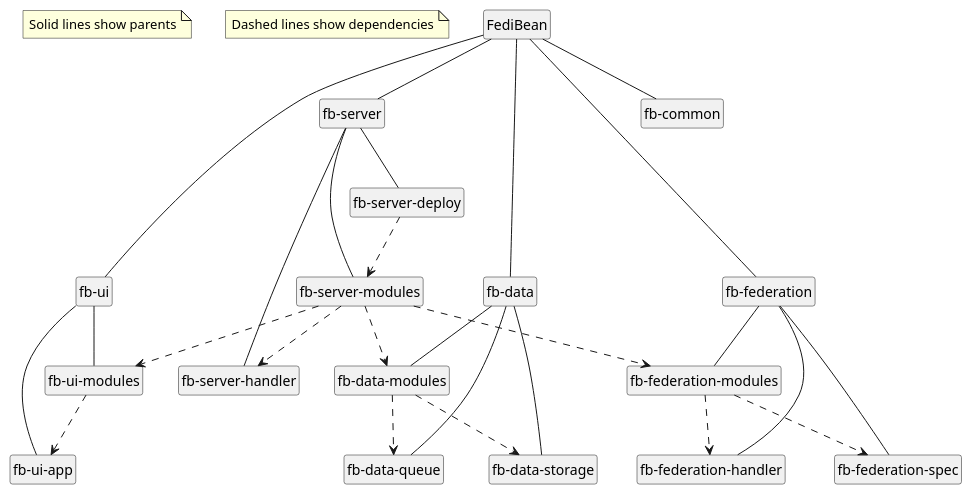
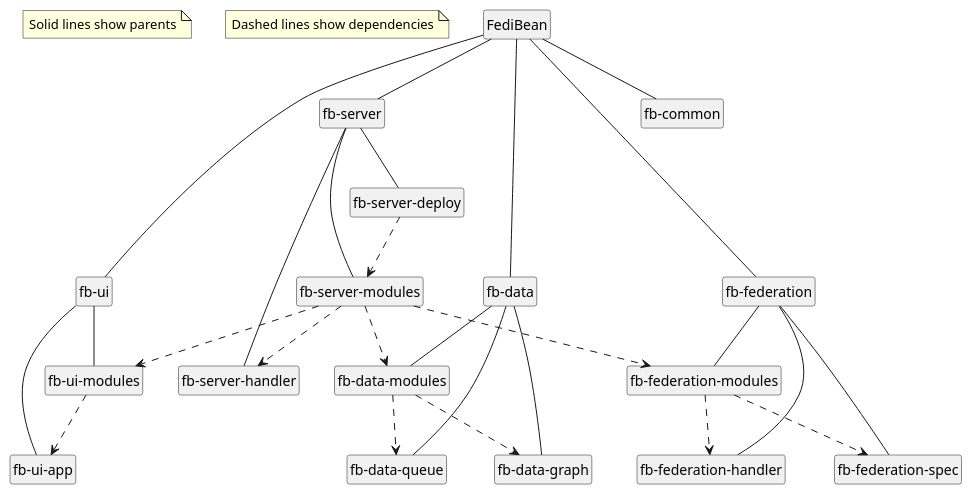
One commit to puzzler995/FediBean changed the diagram in documentation/diagrams/modules.puml. Above: the diagram before and after it, drawn with PlantUML. The commit also changed 44 other files, not shown here.

Commit message:
Move to graph storage, write nodes and design for them

```diff
--- a/documentation/diagrams/modules.puml
+++ b/documentation/diagrams/modules.puml
@@ -1,34 +1,34 @@
 @startuml
 'https://plantuml.com/class-diagram
 note "Solid lines show parents" as N1
 note "Dashed lines show dependencies" as N2
 FediBean -- "fb-server"
 "fb-server" -- "fb-server-deploy"
 "fb-server" -- "fb-server-modules"
 "fb-server" -- "fb-server-handler"
 FediBean -- "fb-ui"
 "fb-ui" -- "fb-ui-app"
 "fb-ui" -- "fb-ui-modules"
 FediBean -- "fb-data"
 "fb-data" -- "fb-data-modules"
-"fb-data" -- "fb-data-storage"
+"fb-data" -- "fb-data-graph"
 "fb-data" -- "fb-data-queue"
 FediBean -- "fb-common"
 FediBean -- "fb-federation"
 "fb-federation" -- "fb-federation-modules"
 "fb-federation" -- "fb-federation-spec"
 "fb-federation" -- "fb-federation-handler"
 
 "fb-server-deploy" ..> "fb-server-modules"
 "fb-server-modules" ..> "fb-server-handler"
 "fb-server-modules" ..> "fb-ui-modules"
 "fb-server-modules" ..> "fb-data-modules"
 "fb-server-modules" ..> "fb-federation-modules"
 "fb-ui-modules" ..> "fb-ui-app"
-"fb-data-modules" ..> "fb-data-storage"
+"fb-data-modules" ..> "fb-data-graph"
 "fb-data-modules" ..> "fb-data-queue"
 "fb-federation-modules" ..> "fb-federation-spec"
 "fb-federation-modules" ..> "fb-federation-handler"
 hide empty members
 hide circle
 @enduml
```
